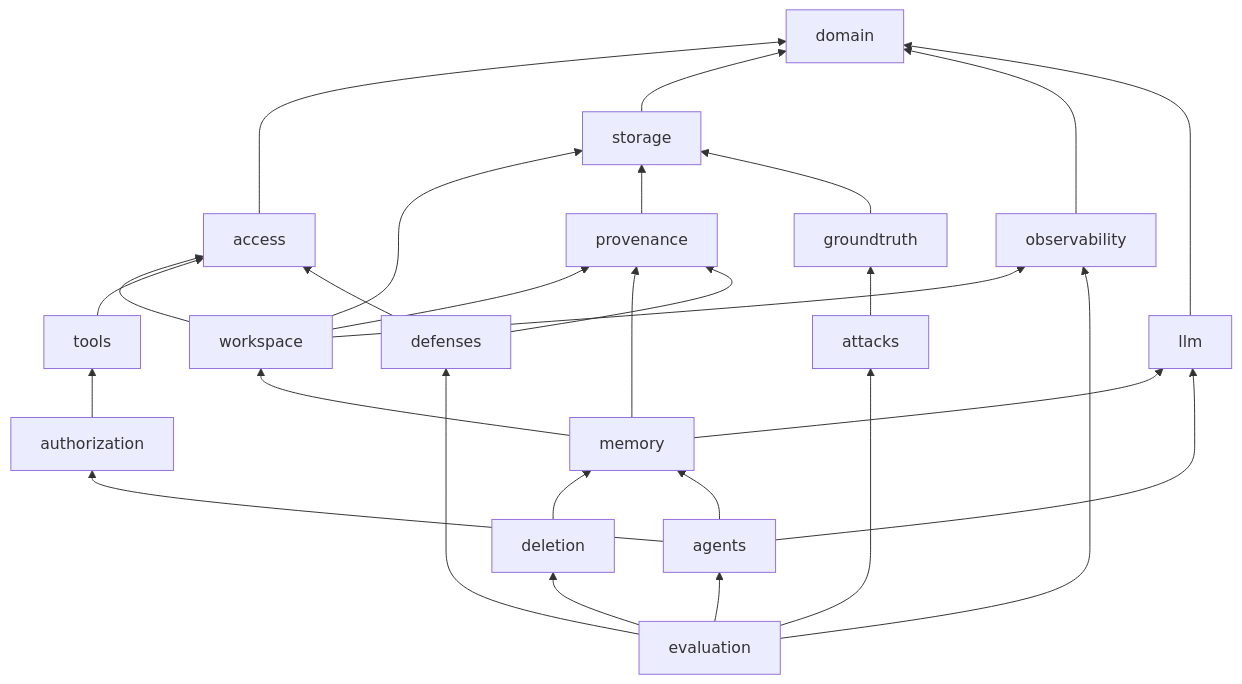
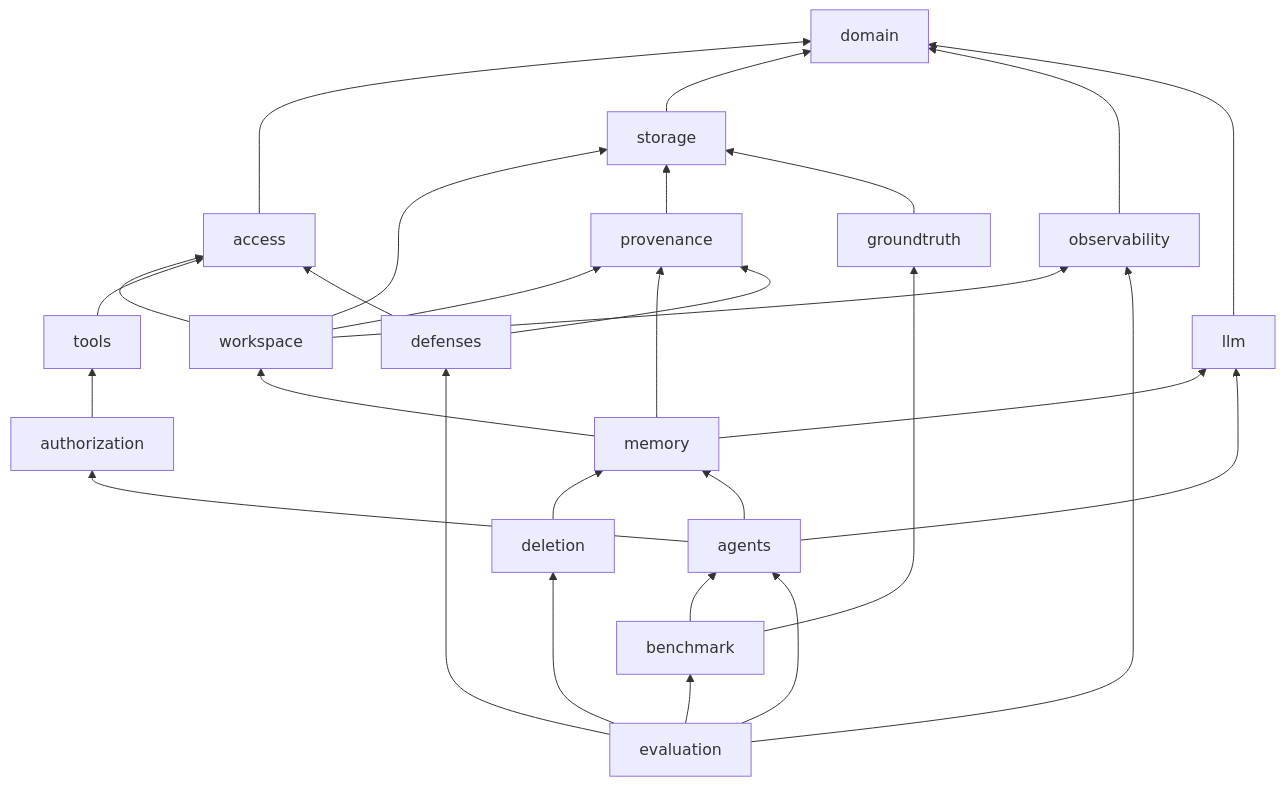
Before and after one commit to Yug-More/memoryfence: the fourth of 10 diagrams in docs/architecture/overview.md, drawn with Mermaid. The commit also changed other lines of this file and 4 other files, not shown here.

````diff
--- a/docs/architecture/overview.md
+++ b/docs/architecture/overview.md
@@ -181,31 +182,32 @@
 ```mermaid
 flowchart BT
     domain["domain"]
     access["access"] --> domain
     storage["storage"] --> domain
     observability["observability"] --> domain
     llm["llm"] --> domain
     workspace["workspace"] --> access
     workspace --> storage
     workspace --> observability
     workspace --> provenance
     provenance["provenance"] --> storage
     groundtruth["groundtruth"] --> storage
     memory["memory"] --> workspace
     memory --> provenance
     memory --> llm
     deletion["deletion"] --> memory
     tools["tools"] --> access
     authorization["authorization"] --> tools
     agents["agents"] --> memory
     agents --> llm
     agents --> authorization
-    attacks["attacks"] --> groundtruth
+    benchmark["benchmark"] --> groundtruth
+    benchmark --> agents
     defenses["defenses"] --> access
     defenses --> provenance
     evaluation["evaluation"] --> agents
     evaluation --> deletion
-    evaluation --> attacks
+    evaluation --> benchmark
     evaluation --> defenses
     evaluation --> observability
 ```
````
